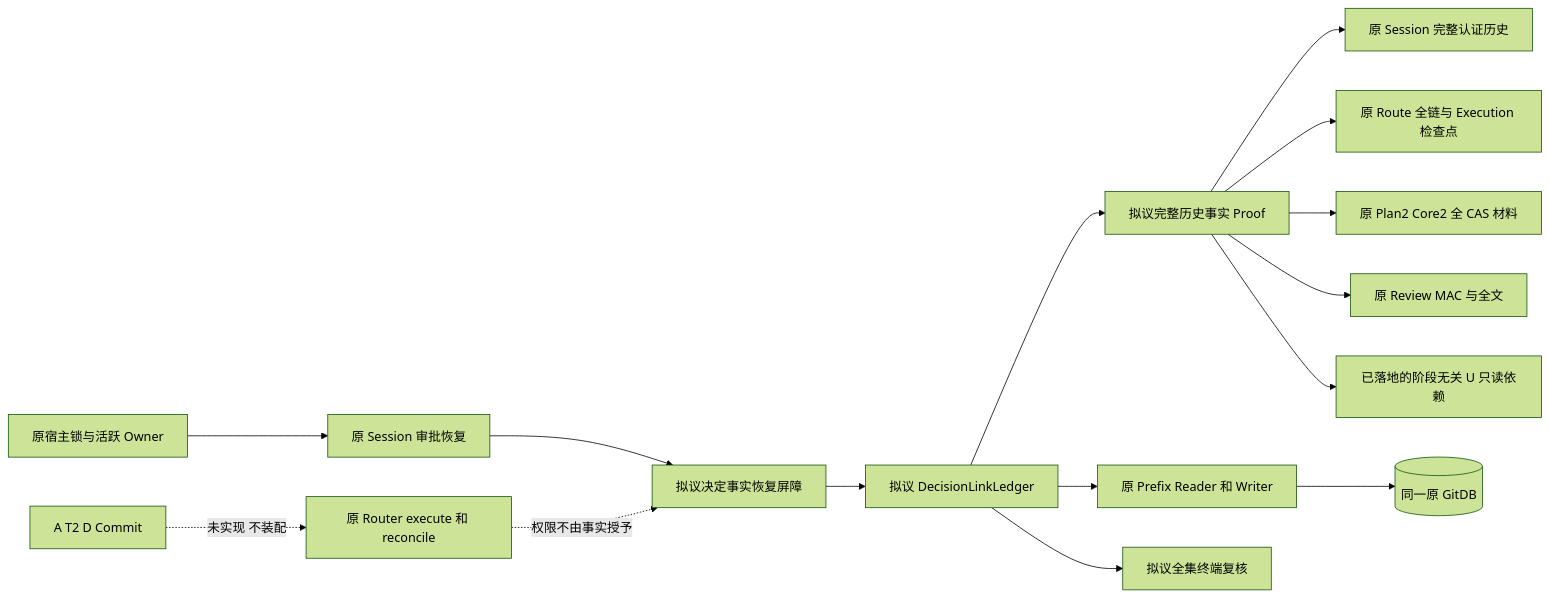
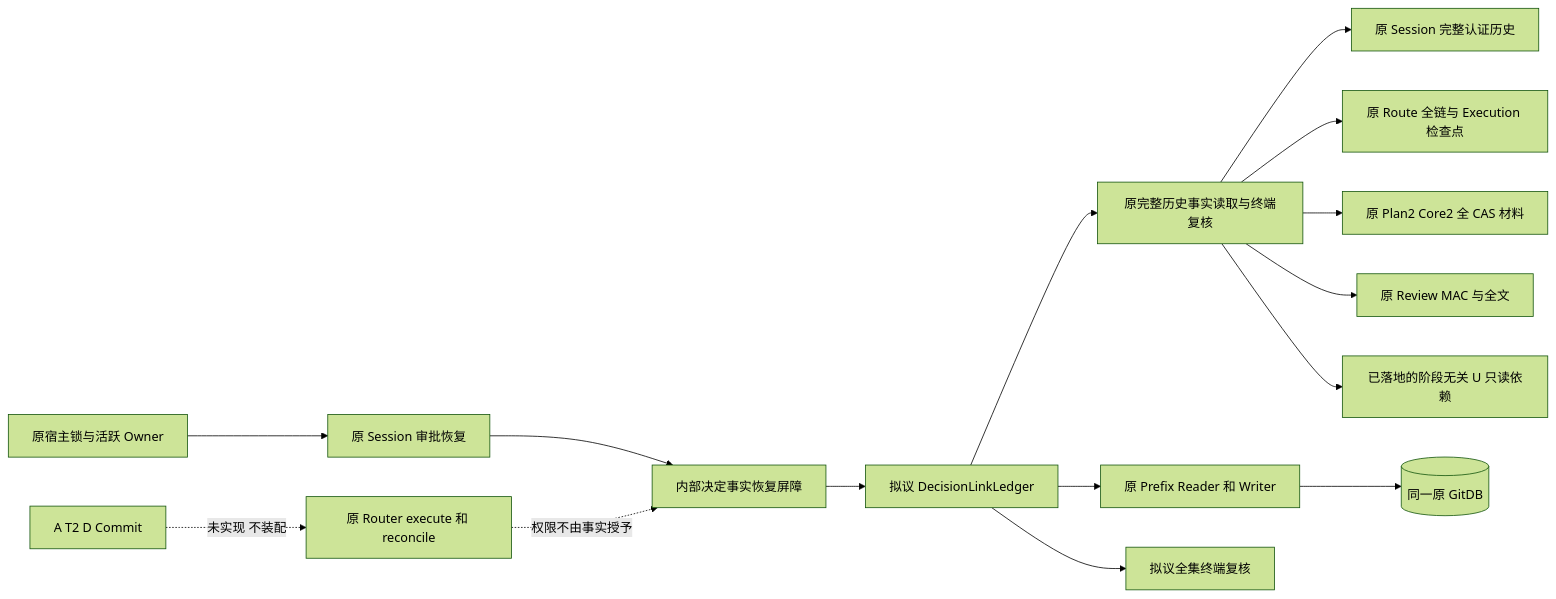
One commit to carrie1988/Harnessix changed the second of 6 diagrams in docs/changes/m09-r4-git-approved-link.md. Above: the diagram before and after it, drawn with Mermaid (forest theme). The commit also changed other lines of this file and 3 other files, not shown here.

````diff
--- a/docs/changes/m09-r4-git-approved-link.md
+++ b/docs/changes/m09-r4-git-approved-link.md
@@ -156,17 +161,17 @@
 ```mermaid
 flowchart LR
     H[原宿主锁与活跃 Owner] --> C[原 Session 审批恢复]
-    C --> B[拟议决定事实恢复屏障]
+    C --> B[内部决定事实恢复屏障]
     B --> L[拟议 DecisionLinkLedger]
-    L --> F[拟议完整历史事实 Proof]
+    L --> F[原完整历史事实读取与终端复核]
     F --> S[原 Session 完整认证历史]
     F --> R[原 Route 全链与 Execution 检查点]
     F --> K[原 Plan2 Core2 全 CAS 材料]
     F --> A[原 Review MAC 与全文]
     F --> U[已落地的阶段无关 U 只读依赖]
     L --> P[原 Prefix Reader 和 Writer]
     P --> DB[(同一原 GitDB)]
     L --> T[拟议全集终端复核]
     E[原 Router execute 和 reconcile] -. 权限不由事实授予 .-> B
     N[A T2 D Commit] -. 未实现 不装配 .-> E
 ```
````
